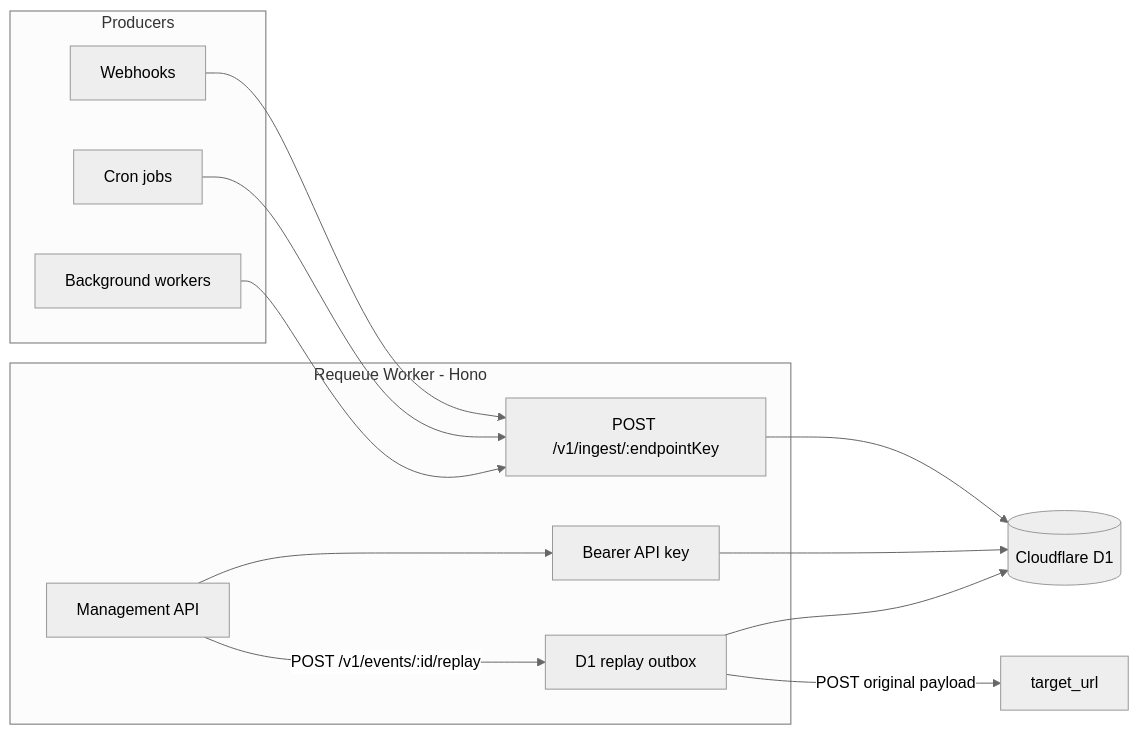
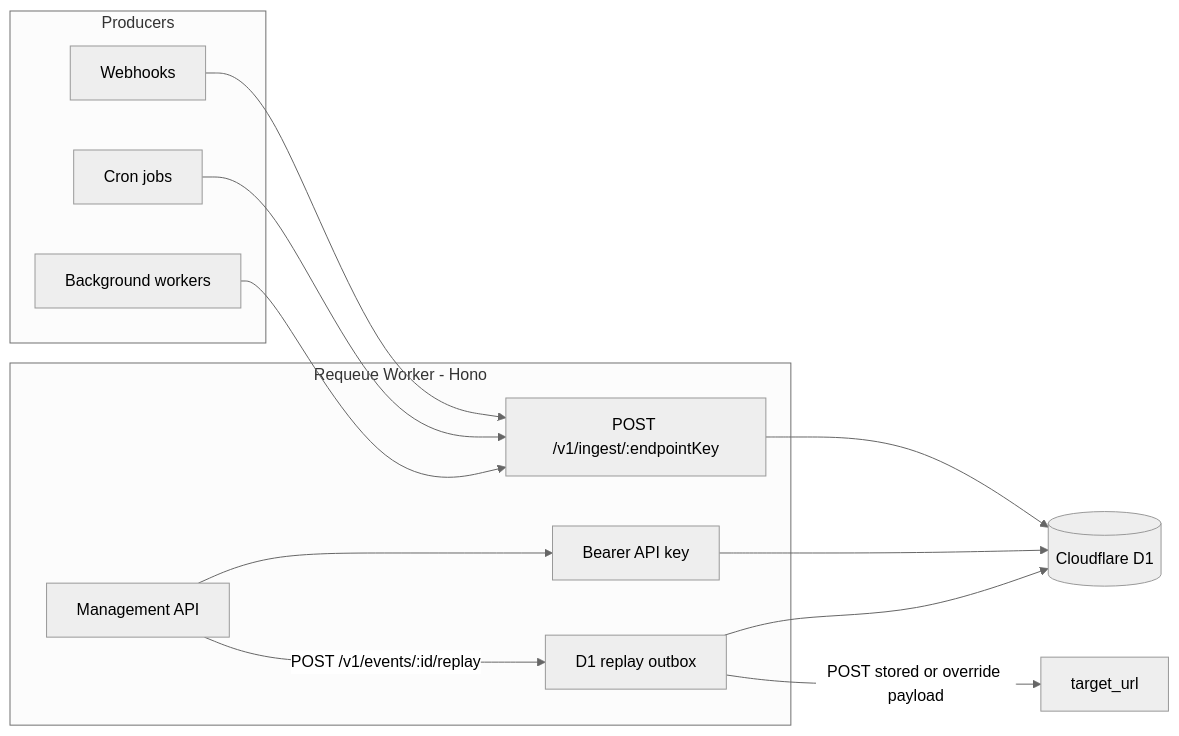
One commit to requeue-hq/requeue changed the diagram in README.md. Above: the diagram before and after it, drawn with Mermaid (neutral theme). The commit also changed other lines of this file and 10 other files, not shown here.

First line of the commit message:
Add edit-before-replay payload override on POST /v1/events/:id/replay. (#21)

````diff
--- a/README.md
+++ b/README.md
@@ -163,28 +163,28 @@
 ```mermaid
 flowchart LR
   subgraph producers [Producers]
     WH[Webhooks]
     CR[Cron jobs]
     WK[Background workers]
   end
 
   subgraph worker [Requeue Worker - Hono]
     IN[POST /v1/ingest/:endpointKey]
     MGMT[Management API]
     AUTH[Bearer API key]
     OUT[D1 replay outbox]
   end
 
   D1[(Cloudflare D1)]
   TGT[target_url]
 
   WH --> IN
   CR --> IN
   WK --> IN
   IN --> D1
   MGMT --> AUTH
   AUTH --> D1
   MGMT -->|POST /v1/events/:id/replay| OUT
-  OUT -->|POST original payload| TGT
+  OUT -->|POST stored or override payload| TGT
   OUT --> D1
 ```
````
